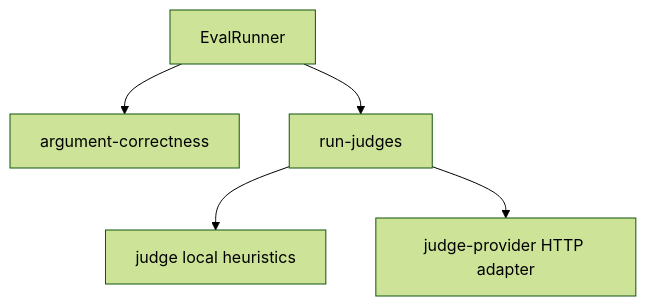
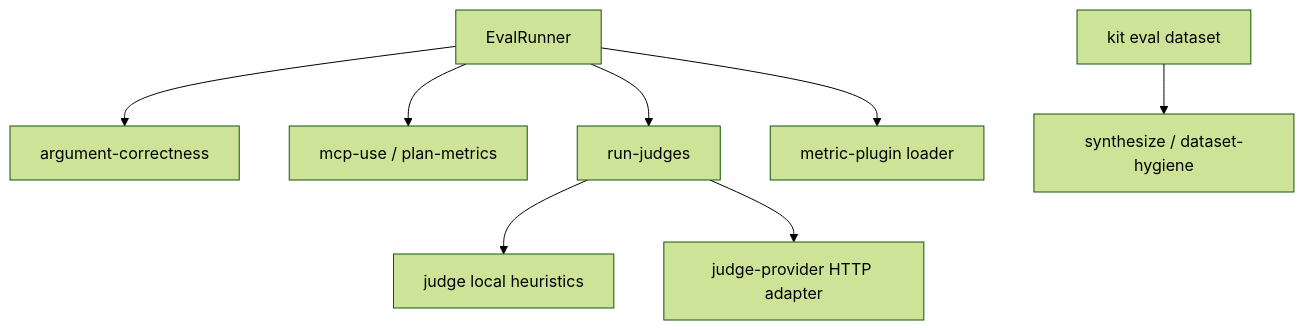
Before and after one commit to mzworthington/agent-lifecycle-kit: the diagram in evals/edd/README.md, drawn with Mermaid (forest theme). The commit also changed other lines of this file and 21 other files, not shown here.

````diff
--- a/evals/edd/README.md
+++ b/evals/edd/README.md
@@ -59,12 +63,18 @@
 ```mermaid
 flowchart TB
   runner[EvalRunner]
   arg[argument-correctness]
+  mcp[mcp-use / plan-metrics]
+  synth[synthesize / dataset-hygiene]
   orch[run-judges]
   pure[judge local heuristics]
   http[judge-provider HTTP adapter]
+  plug[metric-plugin loader]
   runner --> arg
+  runner --> mcp
   runner --> orch
+  runner --> plug
   orch --> pure
   orch --> http
+  cli[kit eval dataset] --> synth
 ```
````
